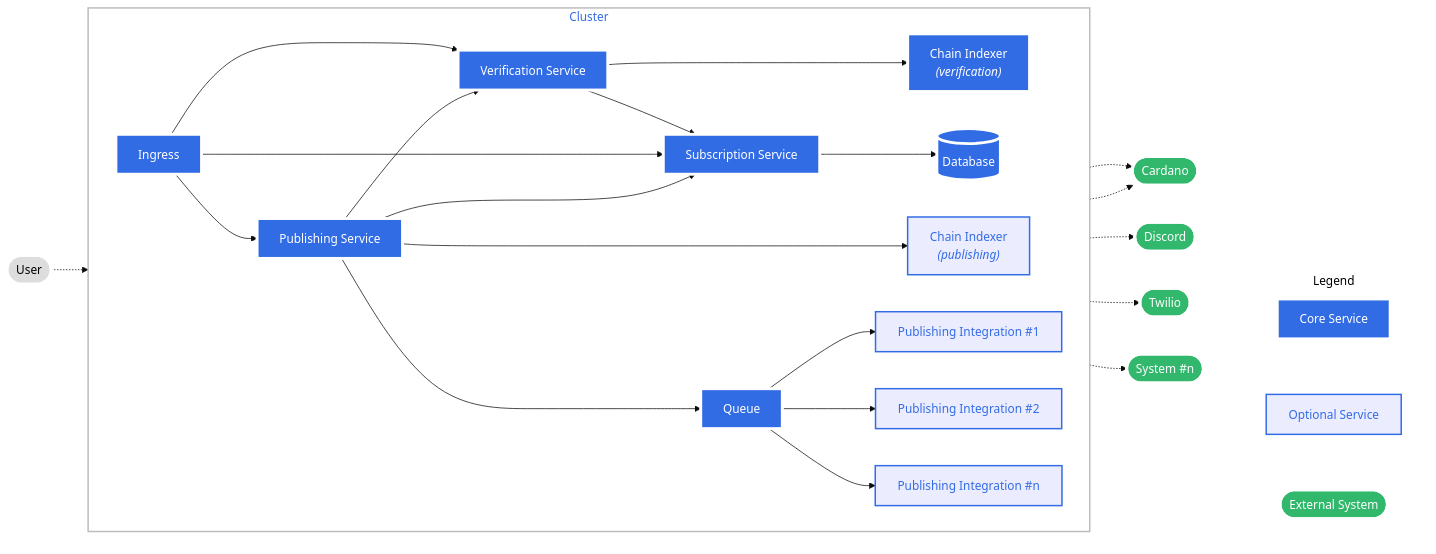
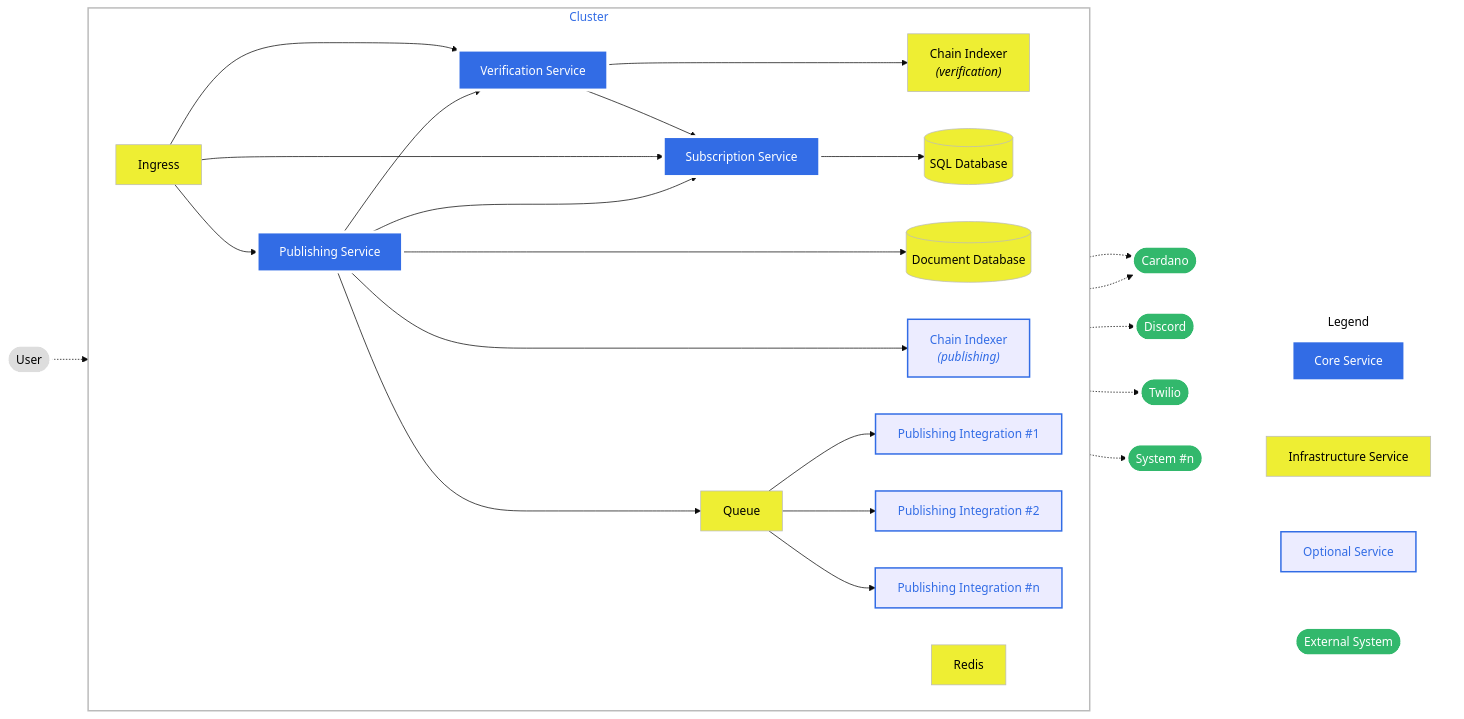
Before and after one commit to nilscodes/reach-your-people: the diagram in docs/diagrams/architecture.md, drawn with Mermaid (base theme). The commit also changed other lines of this file, not shown here.

First line of the commit message:
RYP-108 Improved architecture diagram to contain missing services and clarify some service roles.

````diff
--- a/docs/diagrams/architecture.md
+++ b/docs/diagrams/architecture.md
@@ -14,65 +14,72 @@
 ```mermaid
 graph LR
   US([User]) -.-> I
   CR([Cardano])
   DI([Discord])
   TW([Twilio])
   EXN([System #n])
 
   subgraph cluster [Cluster]
     %% Direction same as parent due to U ---> I link
     direction LR 
     I[Ingress]
     V[Verification Service]
     IV["Chain Indexer<br><i>(verification)</i>"]
     S[Subscription Service]
     P[Publishing Service]
     QU[Queue]
-    DB[(Database)]
+    DB[(SQL Database)]
+    DDB[("Document Database")]
+    R[Redis]
     IP["Chain Indexer<br><i>(publishing)</i>"]
     P1[Publishing Integration #1]
     P2[Publishing Integration #2]
     PN[Publishing Integration #n]
 
     V ---> IV
     V --> S
     I --> V
     I --> S
     I --> P
     S --> DB
     P --> V
     P --> S
+    P ----> DDB
     P ----> IP
     P ---> QU
     QU --> P1
     QU --> P2
     QU --> PN
   end
   subgraph legend [Legend]
     direction TB
     CL[Core Service]:::k8s
     OL[Optional Service]:::optional
+    IL[Infrastructure Service]:::infra
     EL([External System]):::external
-    CL ~~~ OL
+    CL ~~~ IL
+    IL ~~~ OL
     OL ~~~ EL
   end
   IP ~~~~ legend
   P1 -.-> DI
   P2 -.-> TW
   PN -.-> EXN
   IP & IV -.-> CR
 
   classDef plain fill:#ddd,stroke:#fff,stroke-width:4px,color:#000;
   classDef k8s fill:#326ce5,stroke:#fff,stroke-width:4px,color:#fff;
   classDef cluster fill:#fff,stroke:#bbb,stroke-width:2px,color:#326ce5;
+  classDef infra fill:#ee3,stroke:#bbb,stoke-width:2px,color:#000;
   classDef optional stroke:#326ce5,stroke-width:2px,color:#326ce5,fill:#ECECFF
   classDef external fill:#32b86c,stroke:#fff,stroke-width:4px,color:#fff;
   classDef legend fill:#fff,stroke-width:0px,color:#000
 
   class US plain
-  class I,S,V,P,IV,QU,DB k8s
+  class S,V,P k8s
+  class I,IV,QU,DB,DDB,R infra
   class IP,P1,P2,PN optional
   class cluster cluster
   class legend legend
   class CR,DI,TW,EXN external
 ```
````
